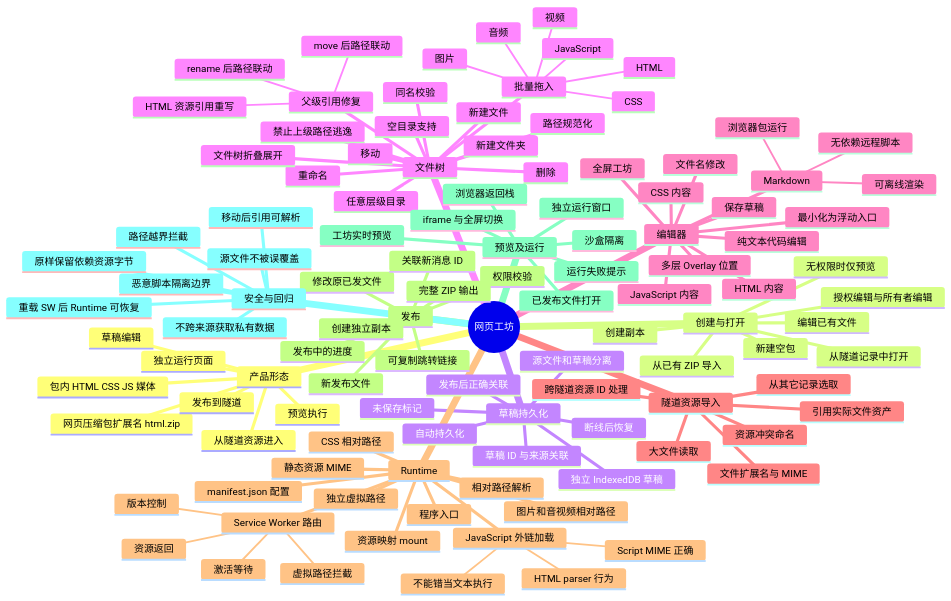
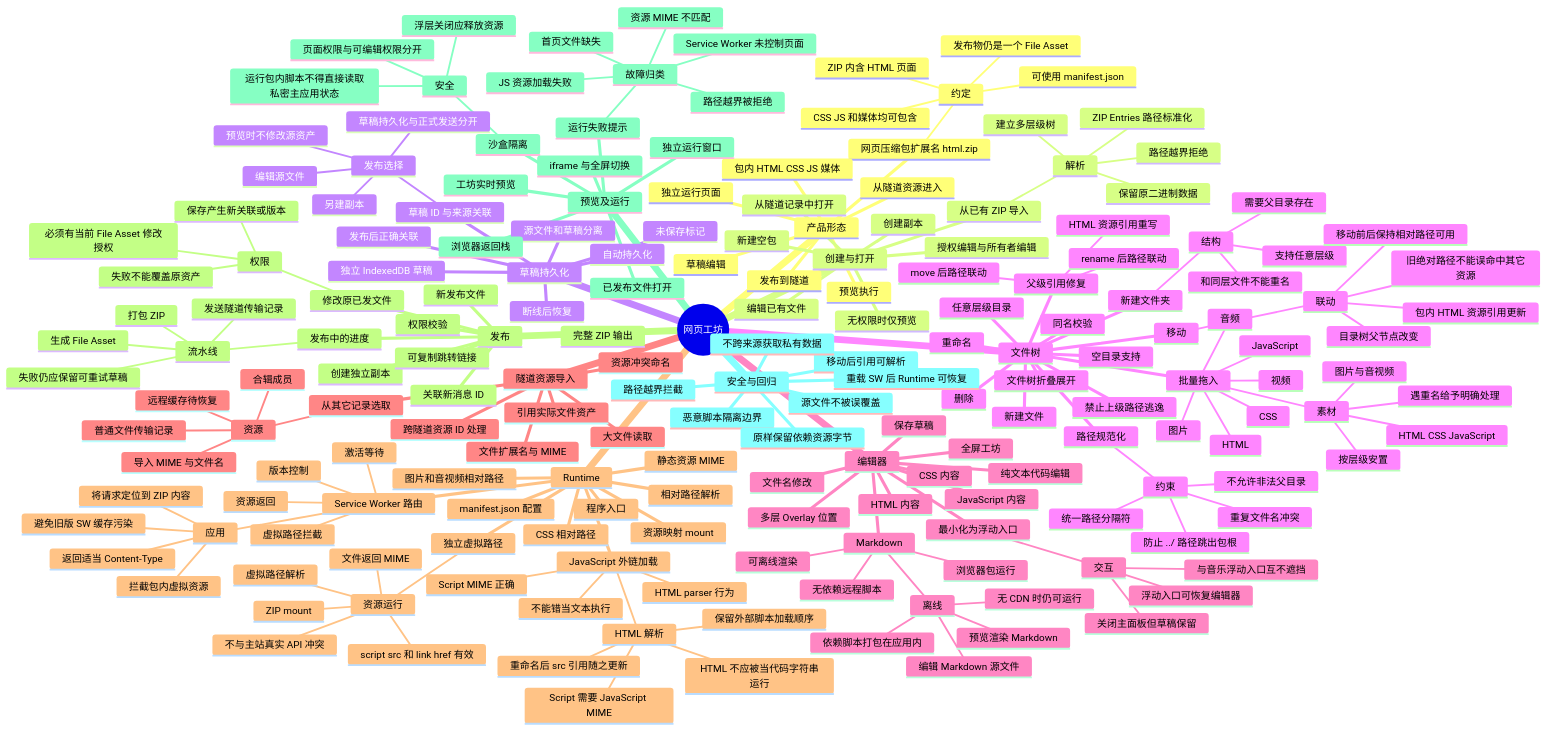
One commit to Ltre/file-tunnel changed the diagram in docs/overview/feature-mindmaps/08-web-workshop-runtime.md. Above: the diagram before and after it, drawn with Mermaid. The commit also changed 1 other file, not shown here.

Commit message:
docs: deepen SNS, YouTube, transcode and Web Workshop mindmaps 07-08

```diff
--- a/docs/overview/feature-mindmaps/08-web-workshop-runtime.md
+++ b/docs/overview/feature-mindmaps/08-web-workshop-runtime.md
@@ -12,6 +12,11 @@
   root((网页工坊))
     产品形态
       网页压缩包扩展名 html.zip
+        约定
+          ZIP 内含 HTML 页面
+          CSS JS 和媒体均可包含
+          可使用 manifest.json
+          发布物仍是一个 File Asset
       包内 HTML CSS JS 媒体
       从隧道资源进入
       草稿编辑
@@ -21,6 +26,11 @@
     创建与打开
       新建空包
       从已有 ZIP 导入
+        解析
+          ZIP Entries 路径标准化
+          建立多层级树
+          保留原二进制数据
+          路径越界拒绝
       从隧道记录中打开
       编辑已有文件
       无权限时仅预览
@@ -30,6 +40,11 @@
       独立 IndexedDB 草稿
       断线后恢复
       草稿 ID 与来源关联
+        发布选择
+          编辑源文件
+          另建副本
+          预览时不修改源资产
+          草稿持久化与正式发送分开
       未保存标记
       自动持久化
       源文件和草稿分离
@@ -37,15 +52,34 @@
     文件树
       任意层级目录
       路径规范化
+        约束
+          统一路径分隔符
+          防止 ../ 路径跳出包根
+          重复文件名冲突
+          不允许非法父目录
       空目录支持
       同名校验
       禁止上级路径逃逸
       新建文件
       新建文件夹
+        结构
+          支持任意层级
+          需要父目录存在
+          和同层文件不能重名
       重命名
       移动
+        联动
+          目录树父节点改变
+          包内 HTML 资源引用更新
+          移动前后保持相对路径可用
+          旧绝对路径不能误命中其它资源
       删除
       批量拖入
+        素材
+          HTML CSS JavaScript
+          图片与音视频
+          按层级安置
+          遇重名给予明确处理
         HTML
         CSS
         JavaScript
@@ -63,16 +97,30 @@
       CSS 内容
       JavaScript 内容
       Markdown
+        离线
+          依赖脚本打包在应用内
+          编辑 Markdown 源文件
+          预览渲染 Markdown
+          无 CDN 时仍可运行
         可离线渲染
         无依赖远程脚本
         浏览器包运行
       文件名修改
       保存草稿
       最小化为浮动入口
+        交互
+          关闭主面板但草稿保留
+          浮动入口可恢复编辑器
+          与音乐浮动入口互不遮挡
       全屏工坊
       多层 Overlay 位置
     隧道资源导入
       从其它记录选取
+        资源
+          普通文件传输记录
+          合辑成员
+          远程缓存待恢复
+          导入 MIME 与文件名
       引用实际文件资产
       跨隧道资源 ID 处理
       大文件读取
@@ -83,15 +131,31 @@
       程序入口
       资源映射 mount
       独立虚拟路径
+        资源运行
+          ZIP mount
+          虚拟路径解析
+          文件返回 MIME
+          script src 和 link href 有效
+          不与主站真实 API 冲突
       静态资源 MIME
       相对路径解析
       JavaScript 外链加载
+        HTML 解析
+          Script 需要 JavaScript MIME
+          保留外部脚本加载顺序
+          HTML 不应被当代码字符串运行
+          重命名后 src 引用随之更新
         Script MIME 正确
         HTML parser 行为
         不能错当文本执行
       CSS 相对路径
       图片和音视频相对路径
       Service Worker 路由
+        应用
+          拦截包内虚拟资源
+          将请求定位到 ZIP 内容
+          返回适当 Content-Type
+          避免旧版 SW 缓存污染
         虚拟路径拦截
         资源返回
         激活等待
@@ -99,20 +163,39 @@
     发布
       新发布文件
       修改原已发文件
+        权限
+          必须有当前 File Asset 修改授权
+          保存产生新关联或版本
+          失败不能覆盖原资产
       创建独立副本
       权限校验
       完整 ZIP 输出
       发布中的进度
+        流水线
+          打包 ZIP
+          生成 File Asset
+          发送隧道传输记录
+          失败仍应保留可重试草稿
       关联新消息 ID
       可复制跳转链接
     预览及运行
       工坊实时预览
       沙盒隔离
+        安全
+          运行包内脚本不得直接读取私密主应用状态
+          浮层关闭应释放资源
+          页面权限与可编辑权限分开
       已发布文件打开
       独立运行窗口
       iframe 与全屏切换
       浏览器返回栈
       运行失败提示
+        故障归类
+          首页文件缺失
+          JS 资源加载失败
+          资源 MIME 不匹配
+          Service Worker 未控制页面
+          路径越界被拒绝
     安全与回归
       路径越界拦截
       恶意脚本隔离边界
```
